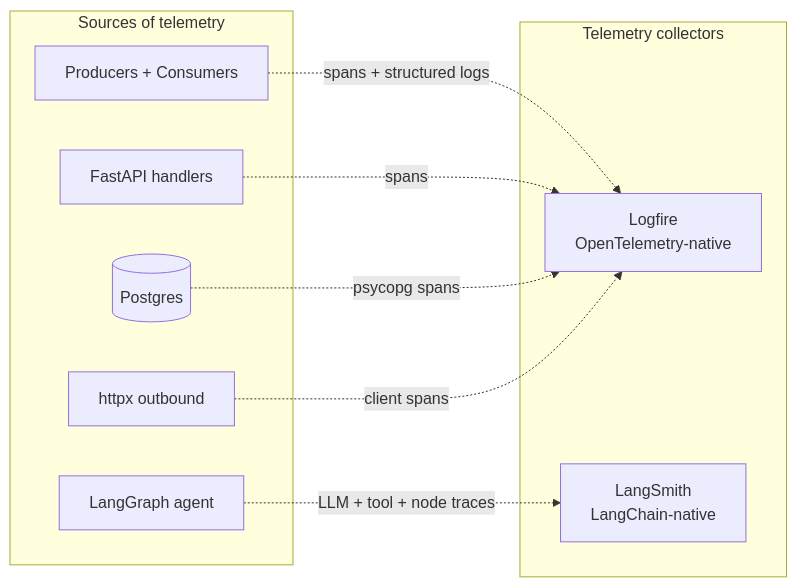
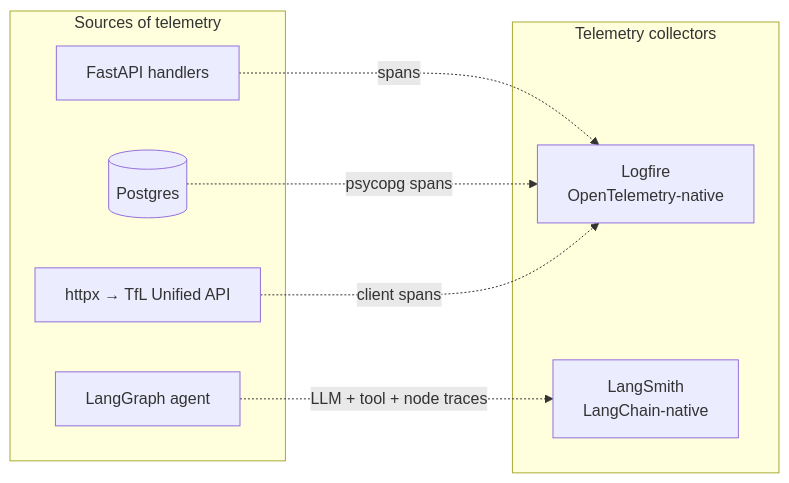
One commit to hcslomeu/tfl-monitor changed the first of 2 diagrams in docs/observability.md. Above: the diagram before and after it, drawn with Mermaid. The commit also changed other lines of this file and 15 other files, not shown here.

First line of the commit message:
docs: sync mkdocs site with live-proxy architecture (TM-35) (#131)

````diff
--- a/docs/observability.md
+++ b/docs/observability.md
@@ -5,21 +5,19 @@
 ```mermaid
 flowchart LR
     subgraph SRC[Sources of telemetry]
-      INGEST[Producers + Consumers]
       API[FastAPI handlers]
       AGENT[LangGraph agent]
       DB[(Postgres)]
-      HTTP[httpx outbound]
+      HTTP[httpx → TfL Unified API]
     end
 
     subgraph TELEMETRY[Telemetry collectors]
       LF[Logfire<br/>OpenTelemetry-native]
       LS[LangSmith<br/>LangChain-native]
     end
 
-    INGEST -.spans + structured logs.-> LF
     API -.spans.-> LF
     DB -.psycopg spans.-> LF
     HTTP -.client spans.-> LF
     AGENT -.LLM + tool + node traces.-> LS
 ```
````
